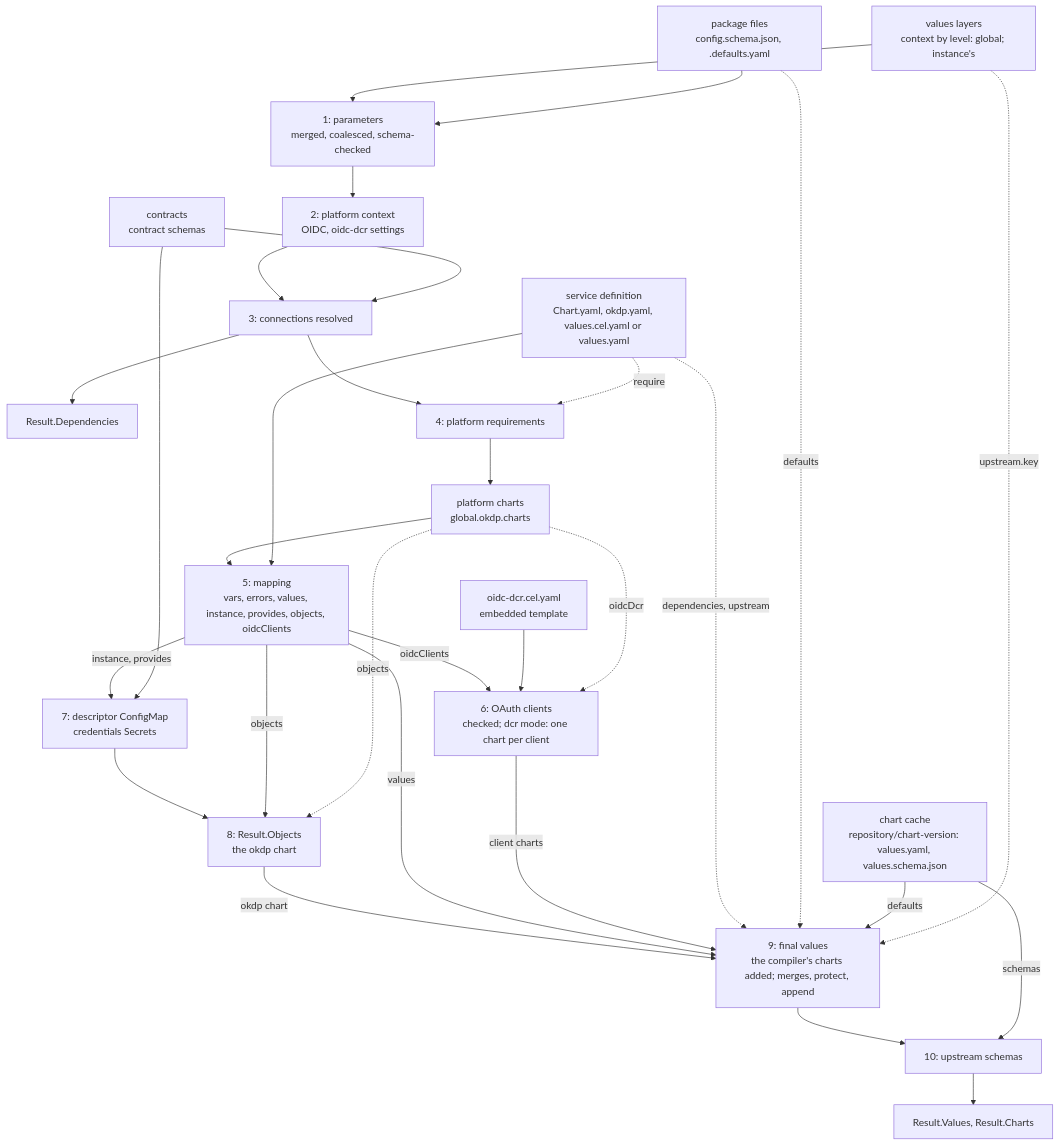
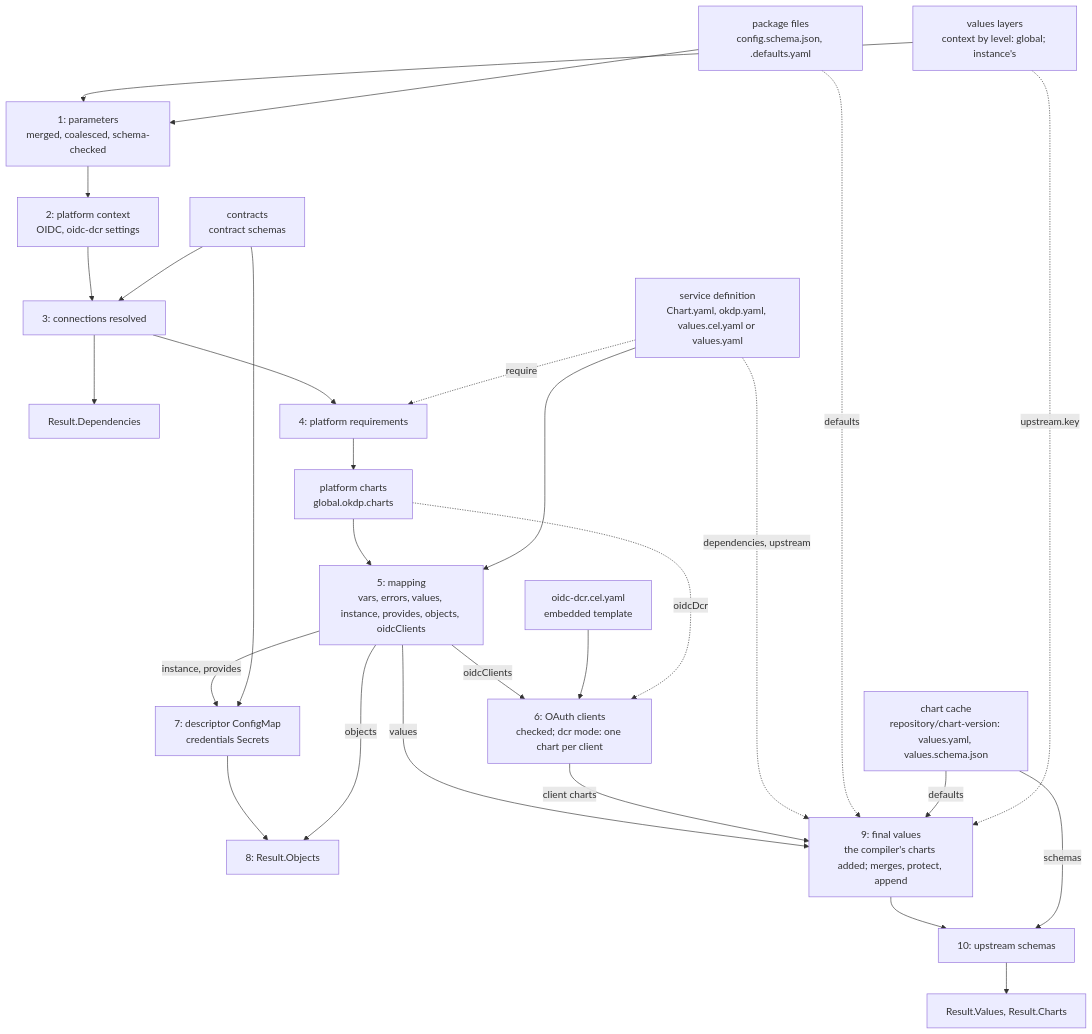
Before and after one commit to OKDP/okdp-compiler: the diagram in docs/00_architecture.md, drawn with Mermaid. The commit also changed other lines of this file and 51 other files, not shown here.

Commit message:
feat!: OKDP's objects in the umbrella, no okdp chart

````diff
--- a/docs/00_architecture.md
+++ b/docs/00_architecture.md
@@ -46,39 +46,37 @@
 ```mermaid
 flowchart TD
   def["service definition<br/>Chart.yaml, okdp.yaml, values.cel.yaml or values.yaml"]
   pkg["package files<br/>config.schema.json, <key>.defaults.yaml"]
   layers["values layers<br/>context by level: global; instance's"]
   contracts["contracts<br/>contract schemas"]
   cache["chart cache<br/>repository/chart-version: values.yaml, values.schema.json"]
   tmpl["oidc-dcr.cel.yaml<br/>embedded template"]
 
   layers --> s1["1: parameters<br/>merged, coalesced, schema-checked"]
   pkg --> s1
   s1 --> s2["2: platform context<br/>OIDC, oidc-dcr settings"]
   s2 --> s3["3: connections resolved"]
   contracts --> s3
   s3 --> deps["Result.Dependencies"]
   s3 --> s4["4: platform requirements"]
   def -. "require" .-> s4
   s4 --> pc["platform charts<br/>global.okdp.charts"]
   pc --> s5["5: mapping<br/>vars, errors, values, instance, provides, objects, oidcClients"]
   def --> s5
   s5 -- oidcClients --> s6["6: OAuth clients<br/>checked; dcr mode: one chart per client"]
   tmpl --> s6
   pc -. oidcDcr .-> s6
   s5 -- "instance, provides" --> s7["7: descriptor ConfigMap<br/>credentials Secrets"]
   contracts --> s7
-  s7 --> s8["8: Result.Objects<br/>the okdp chart"]
+  s7 --> s8["8: Result.Objects"]
   s5 -- objects --> s8
-  pc -. objects .-> s8
-  s8 -- "okdp chart" --> s9
   s5 -- values --> s9["9: final values<br/>the compiler's charts added; merges, protect, append"]
   s6 -- "client charts" --> s9
   def -. "dependencies, upstream" .-> s9
   pkg -. defaults .-> s9
   cache -- defaults --> s9
   layers -. "upstream.key" .-> s9
   s9 --> s10["10: upstream schemas"]
   cache -- schemas --> s10
   s10 --> vals["Result.Values, Result.Charts"]
 ```
````
